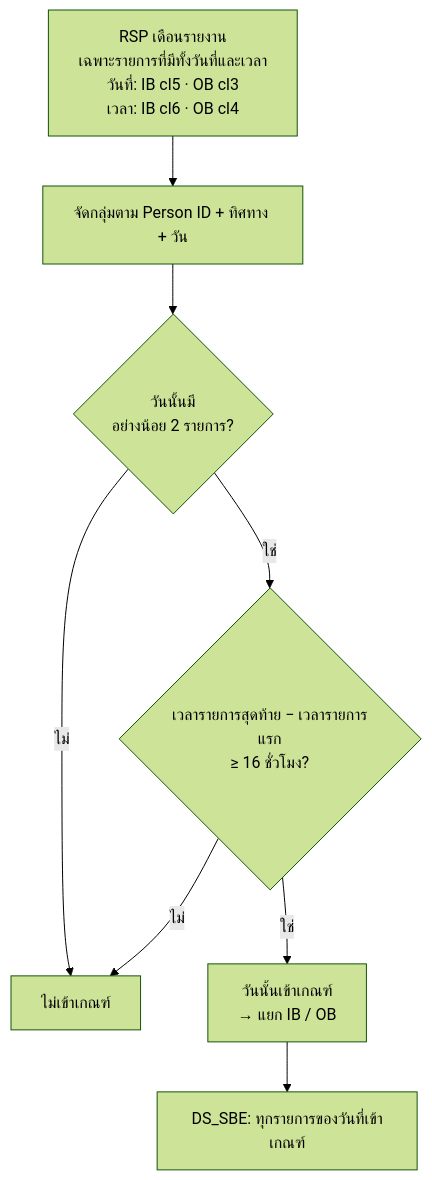
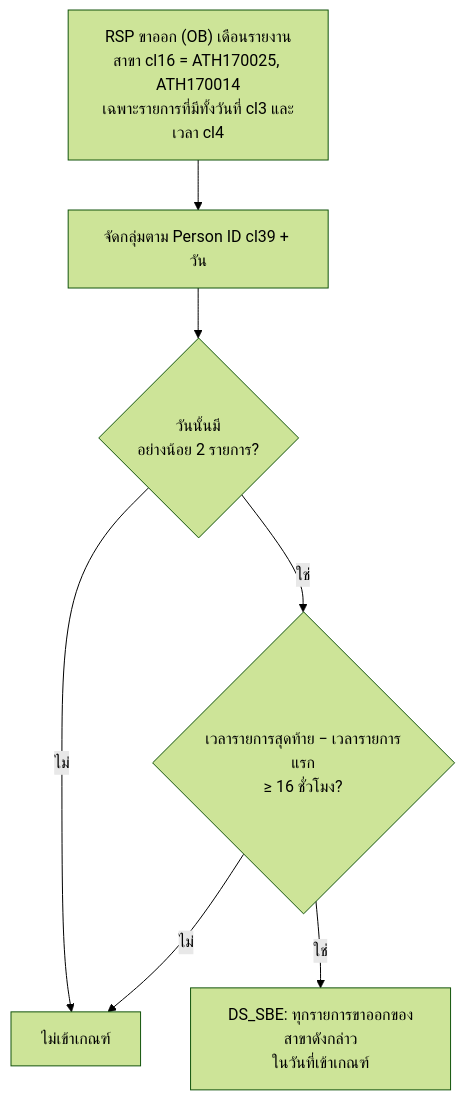
The tenth of 12 diagrams in .claude/usermanuals/rule-flowcharts-th.md (ArtSukasem/western-union-bot-report-2026), drawn with Mermaid (forest theme) before and after one commit. The commit also changed other lines of this file and 10 other files, not shown here.

````diff
--- a/.claude/usermanuals/rule-flowcharts-th.md
+++ b/.claude/usermanuals/rule-flowcharts-th.md
@@ -170,10 +170,9 @@
 ```mermaid
 flowchart TD
-    A["RSP เดือนรายงาน<br/>เฉพาะรายการที่มีทั้งวันที่และเวลา<br/>วันที่: IB cl5 · OB cl3<br/>เวลา: IB cl6 · OB cl4"] --> B["จัดกลุ่มตาม Person ID + ทิศทาง + วัน"]
+    A["RSP ขาออก (OB) เดือนรายงาน<br/>สาขา cl16 = ATH170025, ATH170014<br/>เฉพาะรายการที่มีทั้งวันที่ cl3 และเวลา cl4"] --> B["จัดกลุ่มตาม Person ID cl39 + วัน"]
     B --> C{"วันนั้นมี<br/>อย่างน้อย 2 รายการ?"}
     C -- ไม่ --> NO["ไม่เข้าเกณฑ์"]
     C -- ใช่ --> D{"เวลารายการสุดท้าย − เวลารายการแรก<br/>≥ 16 ชั่วโมง?"}
     D -- ไม่ --> NO
-    D -- ใช่ --> E["วันนั้นเข้าเกณฑ์<br/>→ แยก IB / OB"]
-    E --> R["DS_SBE: ทุกรายการของวันที่เข้าเกณฑ์"]
+    D -- ใช่ --> R["DS_SBE: ทุกรายการขาออกของสาขาดังกล่าว<br/>ในวันที่เข้าเกณฑ์"]
 ```
````
